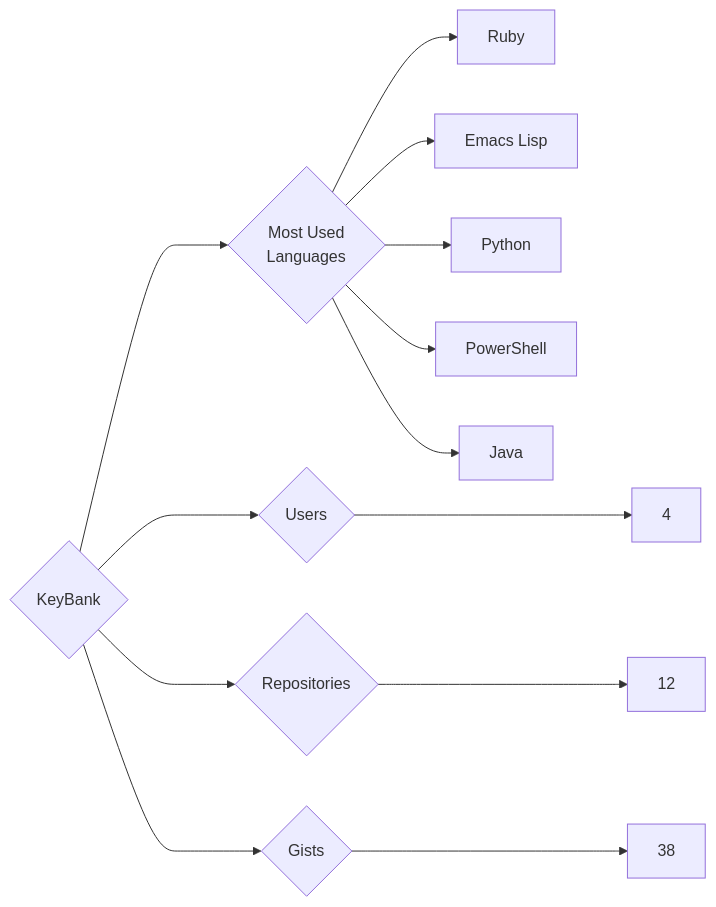
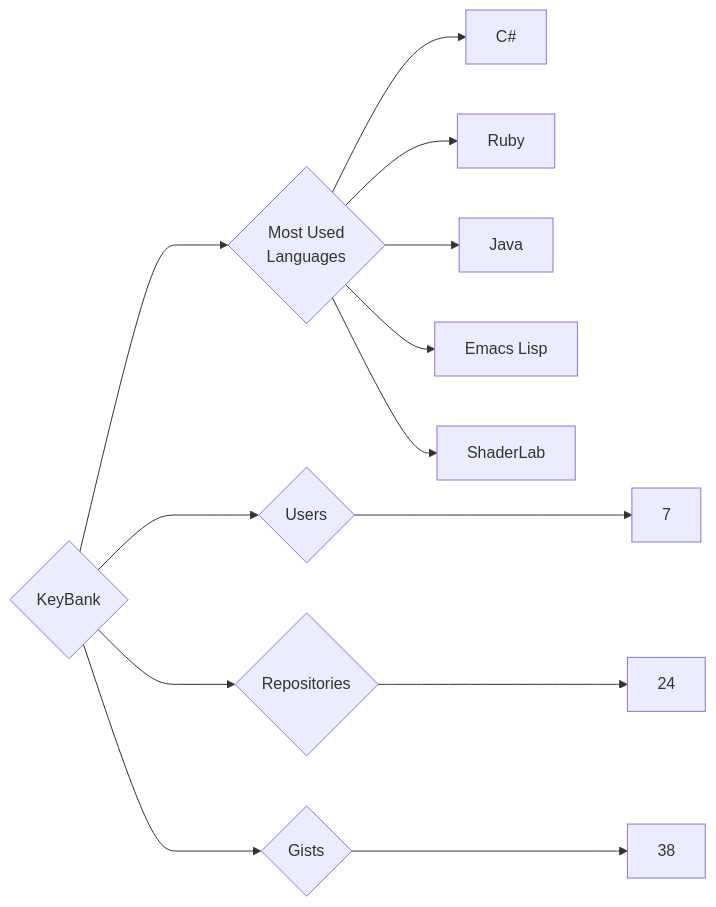
The diagram in targets/KeyBank/README.md (trickest/insiders), drawn with Mermaid before and after one commit. The commit also changed 860 other files, not shown here.

````diff
--- a/targets/KeyBank/README.md
+++ b/targets/KeyBank/README.md
@@ -3,13 +3,13 @@
 ```mermaid
 graph LR
 COMPANY_NAME{KeyBank}
-COMPANY_NAME ---> U{Users} ---> UN[4]
-COMPANY_NAME ---> R{Repositories} ---> RN[12]
+COMPANY_NAME ---> U{Users} ---> UN[7]
+COMPANY_NAME ---> R{Repositories} ---> RN[24]
 COMPANY_NAME ---> G{Gists} ---> GN[38]
 COMPANY_NAME ---> ML{Most Used<br>Languages}
+ML --> C#[C#]
 ML --> Ruby[Ruby]
+ML --> Java[Java]
 ML --> Emacs_Lisp[Emacs Lisp]
-ML --> Python[Python]
-ML --> PowerShell[PowerShell]
-ML --> Java[Java]
+ML --> ShaderLab[ShaderLab]
 ```
````
